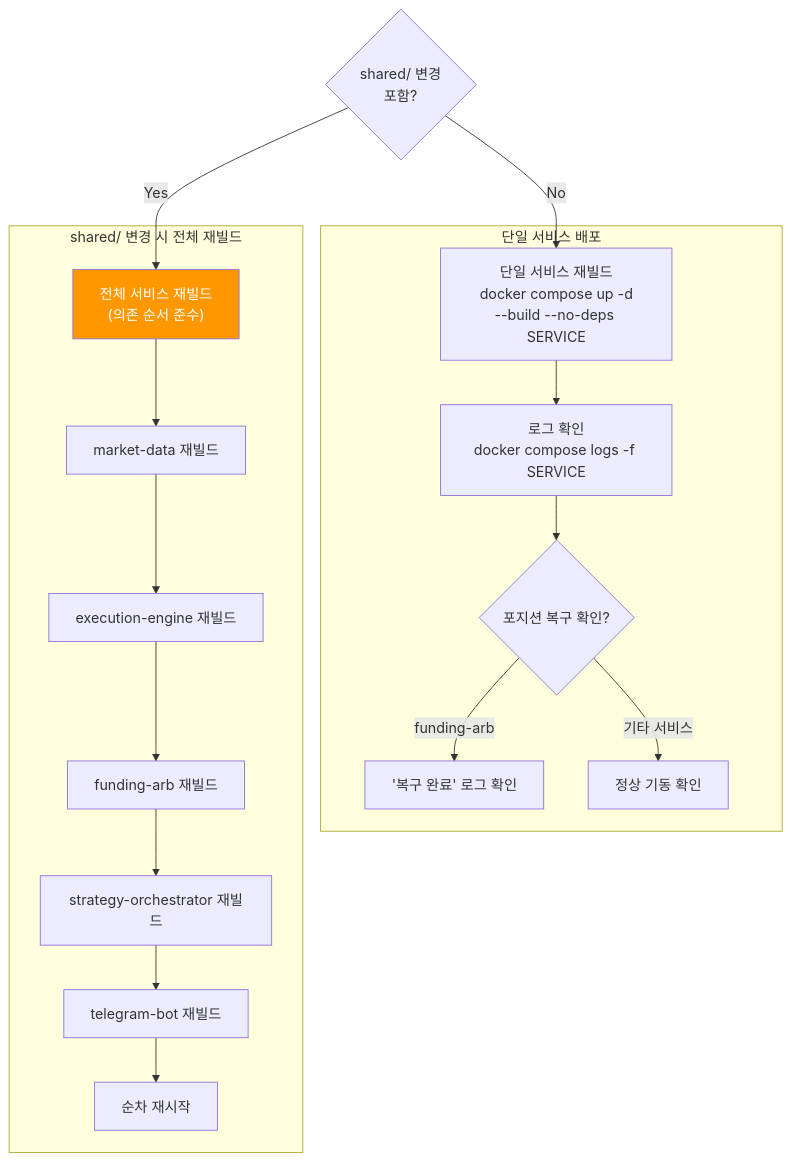
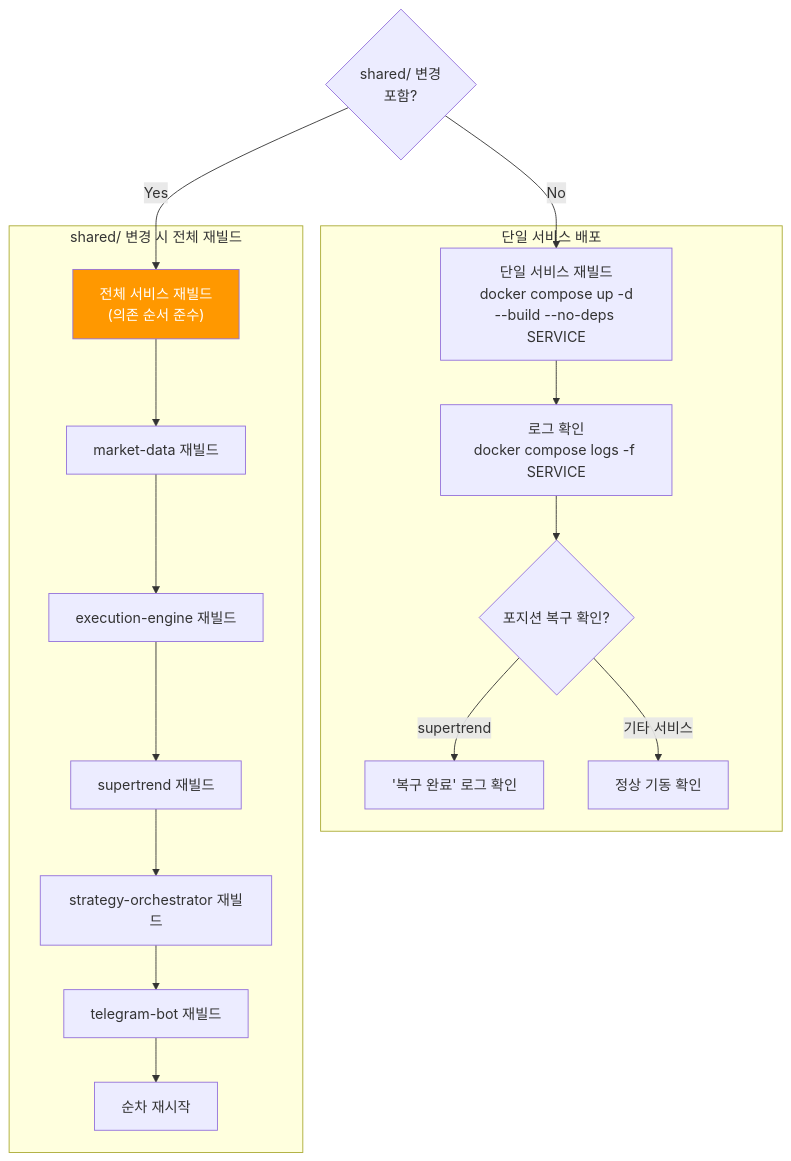
Before and after one commit to Justant-source/Bit-Mania: the diagram in docs/policies/operations/deployment-procedure.md, drawn with Mermaid. The commit also changed other lines of this file and 34 other files, not shown here.

````diff
--- a/docs/policies/operations/deployment-procedure.md
+++ b/docs/policies/operations/deployment-procedure.md
@@ -16,23 +16,23 @@
 ```mermaid
 flowchart TD
     A{shared/ 변경\n포함?} -->|No| B["단일 서비스 재빌드\ndocker compose up -d\n--build --no-deps SERVICE"]
     A -->|Yes| C["전체 서비스 재빌드\n(의존 순서 준수)"]
     
     subgraph single["단일 서비스 배포"]
         B --> B1["로그 확인\ndocker compose logs -f SERVICE"]
         B1 --> B2{포지션 복구 확인?}
-        B2 -->|"funding-arb"| B3["'복구 완료' 로그 확인"]
+        B2 -->|"supertrend"| B3["'복구 완료' 로그 확인"]
         B2 -->|"기타 서비스"| B4["정상 기동 확인"]
     end
 
     subgraph multi["shared/ 변경 시 전체 재빌드"]
         C --> C1["market-data 재빌드"]
         C1 --> C2["execution-engine 재빌드"]
-        C2 --> C3["funding-arb 재빌드"]
+        C2 --> C3["supertrend 재빌드"]
         C3 --> C4["strategy-orchestrator 재빌드"]
         C4 --> C5["telegram-bot 재빌드"]
         C5 --> C6["순차 재시작"]
     end
 
     style C fill:#ff9800,color:#fff
 ```
````
